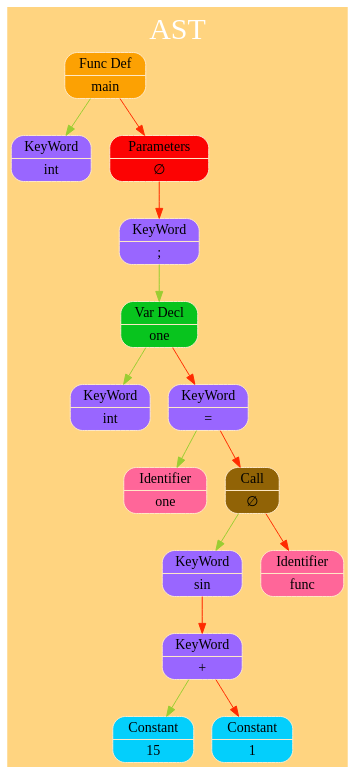
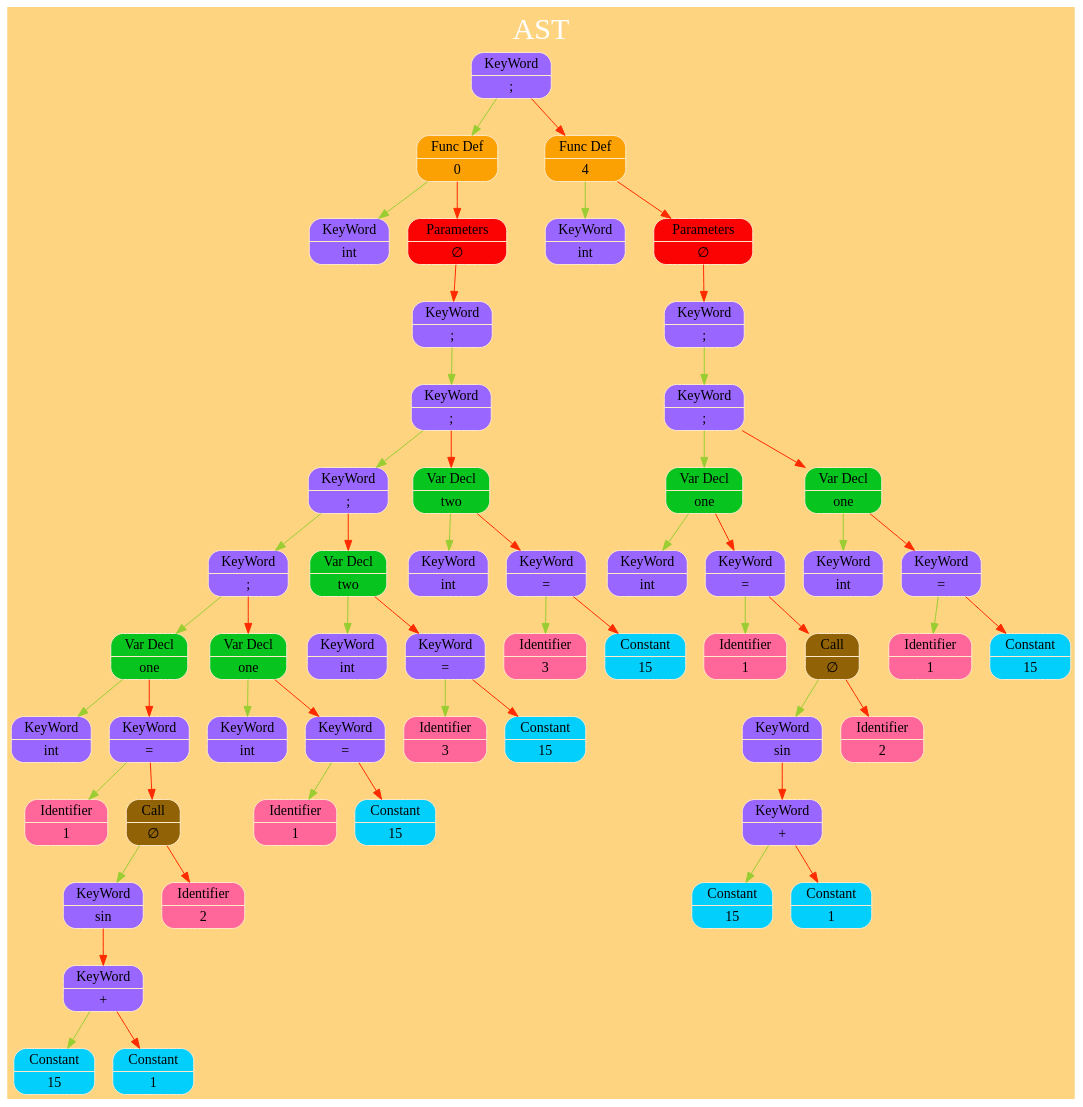
The diagram in Tree/dump/TreeGraph.dot (kand1bober/OOSD-Language), drawn with Graphviz before and after one commit. The commit also changed 19 other files, not shown here.

```diff
--- a/Tree/dump/TreeGraph.dot
+++ b/Tree/dump/TreeGraph.dot
@@ -8,18 +8,57 @@
 fontcolor="#FFFFFF"
 
 rankdir=TB;size="200,300";bgcolor="#ffd480";
- node_0x504000000310 [shape=record,style="rounded,filled",fillcolor="#fca103",color="#FFE9C7",label=" { { Func Def } | { main } } " ]; node_0x504000000310 -> node_0x5040000002d0 [color = "#9ACD32", arrowsize = 1] ;
- node_0x5040000002d0 [shape=record,style="rounded,filled",fillcolor="#9966FF",color="#FFE9C7",label=" { { KeyWord } | { int } } " ]; node_0x504000000310 -> node_0x504000000350 [color = "#FF2B00", arrowsize = 1] ;
- node_0x504000000350 [shape=record,style="rounded,filled",fillcolor="#fc0303",color="#FFE9C7",label=" { { Parameters } | { &#8709; } } " ]; node_0x504000000350 -> node_0x504000000390 [color = "#FF2B00", arrowsize = 1] ;
- node_0x504000000390 [shape=record,style="rounded,filled",fillcolor="#9966FF",color="#FFE9C7",label=" { { KeyWord } | { &#x3B; } } " ]; node_0x504000000390 -> node_0x504000000450 [color = "#9ACD32", arrowsize = 1] ;
- node_0x504000000450 [shape=record,style="rounded,filled",fillcolor="#08c41e",color="#FFE9C7",label=" { { Var Decl } | { one } } " ]; node_0x504000000450 -> node_0x5040000003d0 [color = "#9ACD32", arrowsize = 1] ;
- node_0x5040000003d0 [shape=record,style="rounded,filled",fillcolor="#9966FF",color="#FFE9C7",label=" { { KeyWord } | { int } } " ]; node_0x504000000450 -> node_0x504000000490 [color = "#FF2B00", arrowsize = 1] ;
- node_0x504000000490 [shape=record,style="rounded,filled",fillcolor="#9966FF",color="#FFE9C7",label=" { { KeyWord } | { &#x3D; } } " ]; node_0x504000000490 -> node_0x504000000410 [color = "#9ACD32", arrowsize = 1] ;
- node_0x504000000410 [shape=record,style="rounded,filled",fillcolor="#ff6699",color="#FFE9C7",label=" { { Identifier } | { one } } " ]; node_0x504000000490 -> node_0x504000000510 [color = "#FF2B00", arrowsize = 1] ;
- node_0x504000000510 [shape=record,style="rounded,filled",fillcolor="#916306",color="#FFE9C7",label=" { { Call } | { &#8709; } } " ]; node_0x504000000510 -> node_0x504000000550 [color = "#9ACD32", arrowsize = 1] ;
- node_0x504000000550 [shape=record,style="rounded,filled",fillcolor="#9966FF",color="#FFE9C7",label=" { { KeyWord } | { sin } } " ]; node_0x504000000550 -> node_0x5040000005d0 [color = "#FF2B00", arrowsize = 1] ;
- node_0x5040000005d0 [shape=record,style="rounded,filled",fillcolor="#9966FF",color="#FFE9C7",label=" { { KeyWord } | { &#x2B; } } " ]; node_0x5040000005d0 -> node_0x504000000590 [color = "#9ACD32", arrowsize = 1] ;
- node_0x504000000590 [shape=record,style="rounded,filled",fillcolor="#03cffc",color="#FFE9C7",label=" { { Constant } | { 15 } } " ]; node_0x5040000005d0 -> node_0x504000000610 [color = "#FF2B00", arrowsize = 1] ;
- node_0x504000000610 [shape=record,style="rounded,filled",fillcolor="#03cffc",color="#FFE9C7",label=" { { Constant } | { 1 } } " ]; node_0x504000000510 -> node_0x5040000004d0 [color = "#FF2B00", arrowsize = 1] ;
- node_0x5040000004d0 [shape=record,style="rounded,filled",fillcolor="#ff6699",color="#FFE9C7",label=" { { Identifier } | { func } } " ]; 
+ node_0x504000001150 [shape=record,style="rounded,filled",fillcolor="#9966FF",color="#FFE9C7",label=" { { KeyWord } | { &#x3B; } } " ]; node_0x504000001150 -> node_0x504000000990 [color = "#9ACD32", arrowsize = 1] ;
+ node_0x504000000990 [shape=record,style="rounded,filled",fillcolor="#fca103",color="#FFE9C7",label=" { { Func Def } | { 0 } } " ]; node_0x504000000990 -> node_0x504000000950 [color = "#9ACD32", arrowsize = 1] ;
+ node_0x504000000950 [shape=record,style="rounded,filled",fillcolor="#9966FF",color="#FFE9C7",label=" { { KeyWord } | { int } } " ]; node_0x504000000990 -> node_0x5040000009d0 [color = "#FF2B00", arrowsize = 1] ;
+ node_0x5040000009d0 [shape=record,style="rounded,filled",fillcolor="#fc0303",color="#FFE9C7",label=" { { Parameters } | { &#8709; } } " ]; node_0x5040000009d0 -> node_0x504000000a10 [color = "#FF2B00", arrowsize = 1] ;
+ node_0x504000000a10 [shape=record,style="rounded,filled",fillcolor="#9966FF",color="#FFE9C7",label=" { { KeyWord } | { &#x3B; } } " ]; node_0x504000000a10 -> node_0x504000000fd0 [color = "#9ACD32", arrowsize = 1] ;
+ node_0x504000000fd0 [shape=record,style="rounded,filled",fillcolor="#9966FF",color="#FFE9C7",label=" { { KeyWord } | { &#x3B; } } " ]; node_0x504000000fd0 -> node_0x504000000e50 [color = "#9ACD32", arrowsize = 1] ;
+ node_0x504000000e50 [shape=record,style="rounded,filled",fillcolor="#9966FF",color="#FFE9C7",label=" { { KeyWord } | { &#x3B; } } " ]; node_0x504000000e50 -> node_0x504000000cd0 [color = "#9ACD32", arrowsize = 1] ;
+ node_0x504000000cd0 [shape=record,style="rounded,filled",fillcolor="#9966FF",color="#FFE9C7",label=" { { KeyWord } | { &#x3B; } } " ]; node_0x504000000cd0 -> node_0x504000000ad0 [color = "#9ACD32", arrowsize = 1] ;
+ node_0x504000000ad0 [shape=record,style="rounded,filled",fillcolor="#08c41e",color="#FFE9C7",label=" { { Var Decl } | { one } } " ]; node_0x504000000ad0 -> node_0x504000000a50 [color = "#9ACD32", arrowsize = 1] ;
+ node_0x504000000a50 [shape=record,style="rounded,filled",fillcolor="#9966FF",color="#FFE9C7",label=" { { KeyWord } | { int } } " ]; node_0x504000000ad0 -> node_0x504000000b10 [color = "#FF2B00", arrowsize = 1] ;
+ node_0x504000000b10 [shape=record,style="rounded,filled",fillcolor="#9966FF",color="#FFE9C7",label=" { { KeyWord } | { &#x3D; } } " ]; node_0x504000000b10 -> node_0x504000000a90 [color = "#9ACD32", arrowsize = 1] ;
+ node_0x504000000a90 [shape=record,style="rounded,filled",fillcolor="#ff6699",color="#FFE9C7",label=" { { Identifier } | { 1 } } " ]; node_0x504000000b10 -> node_0x504000000b90 [color = "#FF2B00", arrowsize = 1] ;
+ node_0x504000000b90 [shape=record,style="rounded,filled",fillcolor="#916306",color="#FFE9C7",label=" { { Call } | { &#8709; } } " ]; node_0x504000000b90 -> node_0x504000000bd0 [color = "#9ACD32", arrowsize = 1] ;
+ node_0x504000000bd0 [shape=record,style="rounded,filled",fillcolor="#9966FF",color="#FFE9C7",label=" { { KeyWord } | { sin } } " ]; node_0x504000000bd0 -> node_0x504000000c50 [color = "#FF2B00", arrowsize = 1] ;
+ node_0x504000000c50 [shape=record,style="rounded,filled",fillcolor="#9966FF",color="#FFE9C7",label=" { { KeyWord } | { &#x2B; } } " ]; node_0x504000000c50 -> node_0x504000000c10 [color = "#9ACD32", arrowsize = 1] ;
+ node_0x504000000c10 [shape=record,style="rounded,filled",fillcolor="#03cffc",color="#FFE9C7",label=" { { Constant } | { 15 } } " ]; node_0x504000000c50 -> node_0x504000000c90 [color = "#FF2B00", arrowsize = 1] ;
+ node_0x504000000c90 [shape=record,style="rounded,filled",fillcolor="#03cffc",color="#FFE9C7",label=" { { Constant } | { 1 } } " ]; node_0x504000000b90 -> node_0x504000000b50 [color = "#FF2B00", arrowsize = 1] ;
+ node_0x504000000b50 [shape=record,style="rounded,filled",fillcolor="#ff6699",color="#FFE9C7",label=" { { Identifier } | { 2 } } " ]; node_0x504000000cd0 -> node_0x504000000d90 [color = "#FF2B00", arrowsize = 1] ;
+ node_0x504000000d90 [shape=record,style="rounded,filled",fillcolor="#08c41e",color="#FFE9C7",label=" { { Var Decl } | { one } } " ]; node_0x504000000d90 -> node_0x504000000d10 [color = "#9ACD32", arrowsize = 1] ;
+ node_0x504000000d10 [shape=record,style="rounded,filled",fillcolor="#9966FF",color="#FFE9C7",label=" { { KeyWord } | { int } } " ]; node_0x504000000d90 -> node_0x504000000dd0 [color = "#FF2B00", arrowsize = 1] ;
+ node_0x504000000dd0 [shape=record,style="rounded,filled",fillcolor="#9966FF",color="#FFE9C7",label=" { { KeyWord } | { &#x3D; } } " ]; node_0x504000000dd0 -> node_0x504000000d50 [color = "#9ACD32", arrowsize = 1] ;
+ node_0x504000000d50 [shape=record,style="rounded,filled",fillcolor="#ff6699",color="#FFE9C7",label=" { { Identifier } | { 1 } } " ]; node_0x504000000dd0 -> node_0x504000000e10 [color = "#FF2B00", arrowsize = 1] ;
+ node_0x504000000e10 [shape=record,style="rounded,filled",fillcolor="#03cffc",color="#FFE9C7",label=" { { Constant } | { 15 } } " ]; node_0x504000000e50 -> node_0x504000000f10 [color = "#FF2B00", arrowsize = 1] ;
+ node_0x504000000f10 [shape=record,style="rounded,filled",fillcolor="#08c41e",color="#FFE9C7",label=" { { Var Decl } | { two } } " ]; node_0x504000000f10 -> node_0x504000000e90 [color = "#9ACD32", arrowsize = 1] ;
+ node_0x504000000e90 [shape=record,style="rounded,filled",fillcolor="#9966FF",color="#FFE9C7",label=" { { KeyWord } | { int } } " ]; node_0x504000000f10 -> node_0x504000000f50 [color = "#FF2B00", arrowsize = 1] ;
+ node_0x504000000f50 [shape=record,style="rounded,filled",fillcolor="#9966FF",color="#FFE9C7",label=" { { KeyWord } | { &#x3D; } } " ]; node_0x504000000f50 -> node_0x504000000ed0 [color = "#9ACD32", arrowsize = 1] ;
+ node_0x504000000ed0 [shape=record,style="rounded,filled",fillcolor="#ff6699",color="#FFE9C7",label=" { { Identifier } | { 3 } } " ]; node_0x504000000f50 -> node_0x504000000f90 [color = "#FF2B00", arrowsize = 1] ;
+ node_0x504000000f90 [shape=record,style="rounded,filled",fillcolor="#03cffc",color="#FFE9C7",label=" { { Constant } | { 15 } } " ]; node_0x504000000fd0 -> node_0x504000001090 [color = "#FF2B00", arrowsize = 1] ;
+ node_0x504000001090 [shape=record,style="rounded,filled",fillcolor="#08c41e",color="#FFE9C7",label=" { { Var Decl } | { two } } " ]; node_0x504000001090 -> node_0x504000001010 [color = "#9ACD32", arrowsize = 1] ;
+ node_0x504000001010 [shape=record,style="rounded,filled",fillcolor="#9966FF",color="#FFE9C7",label=" { { KeyWord } | { int } } " ]; node_0x504000001090 -> node_0x5040000010d0 [color = "#FF2B00", arrowsize = 1] ;
+ node_0x5040000010d0 [shape=record,style="rounded,filled",fillcolor="#9966FF",color="#FFE9C7",label=" { { KeyWord } | { &#x3D; } } " ]; node_0x5040000010d0 -> node_0x504000001050 [color = "#9ACD32", arrowsize = 1] ;
+ node_0x504000001050 [shape=record,style="rounded,filled",fillcolor="#ff6699",color="#FFE9C7",label=" { { Identifier } | { 3 } } " ]; node_0x5040000010d0 -> node_0x504000001110 [color = "#FF2B00", arrowsize = 1] ;
+ node_0x504000001110 [shape=record,style="rounded,filled",fillcolor="#03cffc",color="#FFE9C7",label=" { { Constant } | { 15 } } " ]; node_0x504000001150 -> node_0x5040000011d0 [color = "#FF2B00", arrowsize = 1] ;
+ node_0x5040000011d0 [shape=record,style="rounded,filled",fillcolor="#fca103",color="#FFE9C7",label=" { { Func Def } | { 4 } } " ]; node_0x5040000011d0 -> node_0x504000001190 [color = "#9ACD32", arrowsize = 1] ;
+ node_0x504000001190 [shape=record,style="rounded,filled",fillcolor="#9966FF",color="#FFE9C7",label=" { { KeyWord } | { int } } " ]; node_0x5040000011d0 -> node_0x504000001210 [color = "#FF2B00", arrowsize = 1] ;
+ node_0x504000001210 [shape=record,style="rounded,filled",fillcolor="#fc0303",color="#FFE9C7",label=" { { Parameters } | { &#8709; } } " ]; node_0x504000001210 -> node_0x504000001250 [color = "#FF2B00", arrowsize = 1] ;
+ node_0x504000001250 [shape=record,style="rounded,filled",fillcolor="#9966FF",color="#FFE9C7",label=" { { KeyWord } | { &#x3B; } } " ]; node_0x504000001250 -> node_0x504000001510 [color = "#9ACD32", arrowsize = 1] ;
+ node_0x504000001510 [shape=record,style="rounded,filled",fillcolor="#9966FF",color="#FFE9C7",label=" { { KeyWord } | { &#x3B; } } " ]; node_0x504000001510 -> node_0x504000001310 [color = "#9ACD32", arrowsize = 1] ;
+ node_0x504000001310 [shape=record,style="rounded,filled",fillcolor="#08c41e",color="#FFE9C7",label=" { { Var Decl } | { one } } " ]; node_0x504000001310 -> node_0x504000001290 [color = "#9ACD32", arrowsize = 1] ;
+ node_0x504000001290 [shape=record,style="rounded,filled",fillcolor="#9966FF",color="#FFE9C7",label=" { { KeyWord } | { int } } " ]; node_0x504000001310 -> node_0x504000001350 [color = "#FF2B00", arrowsize = 1] ;
+ node_0x504000001350 [shape=record,style="rounded,filled",fillcolor="#9966FF",color="#FFE9C7",label=" { { KeyWord } | { &#x3D; } } " ]; node_0x504000001350 -> node_0x5040000012d0 [color = "#9ACD32", arrowsize = 1] ;
+ node_0x5040000012d0 [shape=record,style="rounded,filled",fillcolor="#ff6699",color="#FFE9C7",label=" { { Identifier } | { 1 } } " ]; node_0x504000001350 -> node_0x5040000013d0 [color = "#FF2B00", arrowsize = 1] ;
+ node_0x5040000013d0 [shape=record,style="rounded,filled",fillcolor="#916306",color="#FFE9C7",label=" { { Call } | { &#8709; } } " ]; node_0x5040000013d0 -> node_0x504000001410 [color = "#9ACD32", arrowsize = 1] ;
+ node_0x504000001410 [shape=record,style="rounded,filled",fillcolor="#9966FF",color="#FFE9C7",label=" { { KeyWord } | { sin } } " ]; node_0x504000001410 -> node_0x504000001490 [color = "#FF2B00", arrowsize = 1] ;
+ node_0x504000001490 [shape=record,style="rounded,filled",fillcolor="#9966FF",color="#FFE9C7",label=" { { KeyWord } | { &#x2B; } } " ]; node_0x504000001490 -> node_0x504000001450 [color = "#9ACD32", arrowsize = 1] ;
+ node_0x504000001450 [shape=record,style="rounded,filled",fillcolor="#03cffc",color="#FFE9C7",label=" { { Constant } | { 15 } } " ]; node_0x504000001490 -> node_0x5040000014d0 [color = "#FF2B00", arrowsize = 1] ;
+ node_0x5040000014d0 [shape=record,style="rounded,filled",fillcolor="#03cffc",color="#FFE9C7",label=" { { Constant } | { 1 } } " ]; node_0x5040000013d0 -> node_0x504000001390 [color = "#FF2B00", arrowsize = 1] ;
+ node_0x504000001390 [shape=record,style="rounded,filled",fillcolor="#ff6699",color="#FFE9C7",label=" { { Identifier } | { 2 } } " ]; node_0x504000001510 -> node_0x5040000015d0 [color = "#FF2B00", arrowsize = 1] ;
+ node_0x5040000015d0 [shape=record,style="rounded,filled",fillcolor="#08c41e",color="#FFE9C7",label=" { { Var Decl } | { one } } " ]; node_0x5040000015d0 -> node_0x504000001550 [color = "#9ACD32", arrowsize = 1] ;
+ node_0x504000001550 [shape=record,style="rounded,filled",fillcolor="#9966FF",color="#FFE9C7",label=" { { KeyWord } | { int } } " ]; node_0x5040000015d0 -> node_0x504000001610 [color = "#FF2B00", arrowsize = 1] ;
+ node_0x504000001610 [shape=record,style="rounded,filled",fillcolor="#9966FF",color="#FFE9C7",label=" { { KeyWord } | { &#x3D; } } " ]; node_0x504000001610 -> node_0x504000001590 [color = "#9ACD32", arrowsize = 1] ;
+ node_0x504000001590 [shape=record,style="rounded,filled",fillcolor="#ff6699",color="#FFE9C7",label=" { { Identifier } | { 1 } } " ]; node_0x504000001610 -> node_0x504000001650 [color = "#FF2B00", arrowsize = 1] ;
+ node_0x504000001650 [shape=record,style="rounded,filled",fillcolor="#03cffc",color="#FFE9C7",label=" { { Constant } | { 15 } } " ]; 
 }
```
